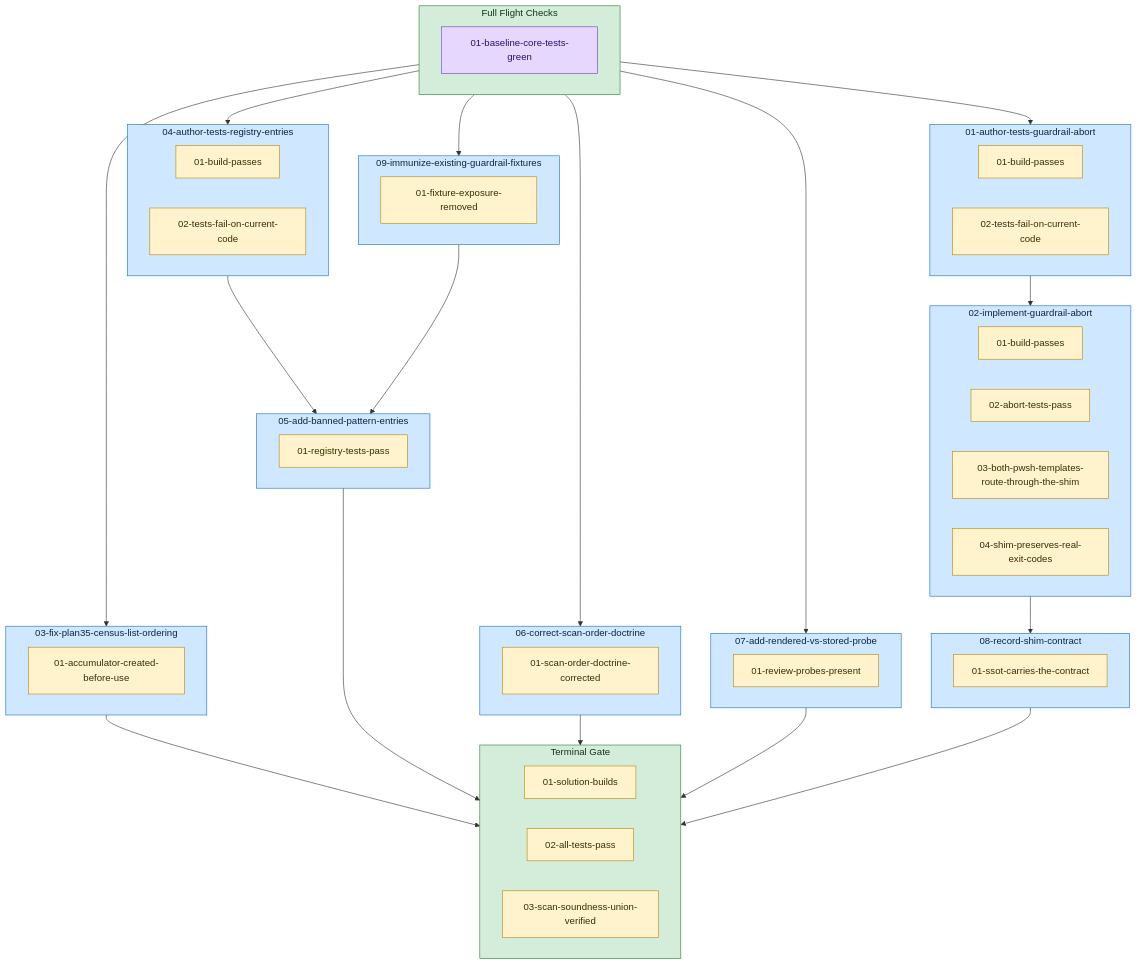
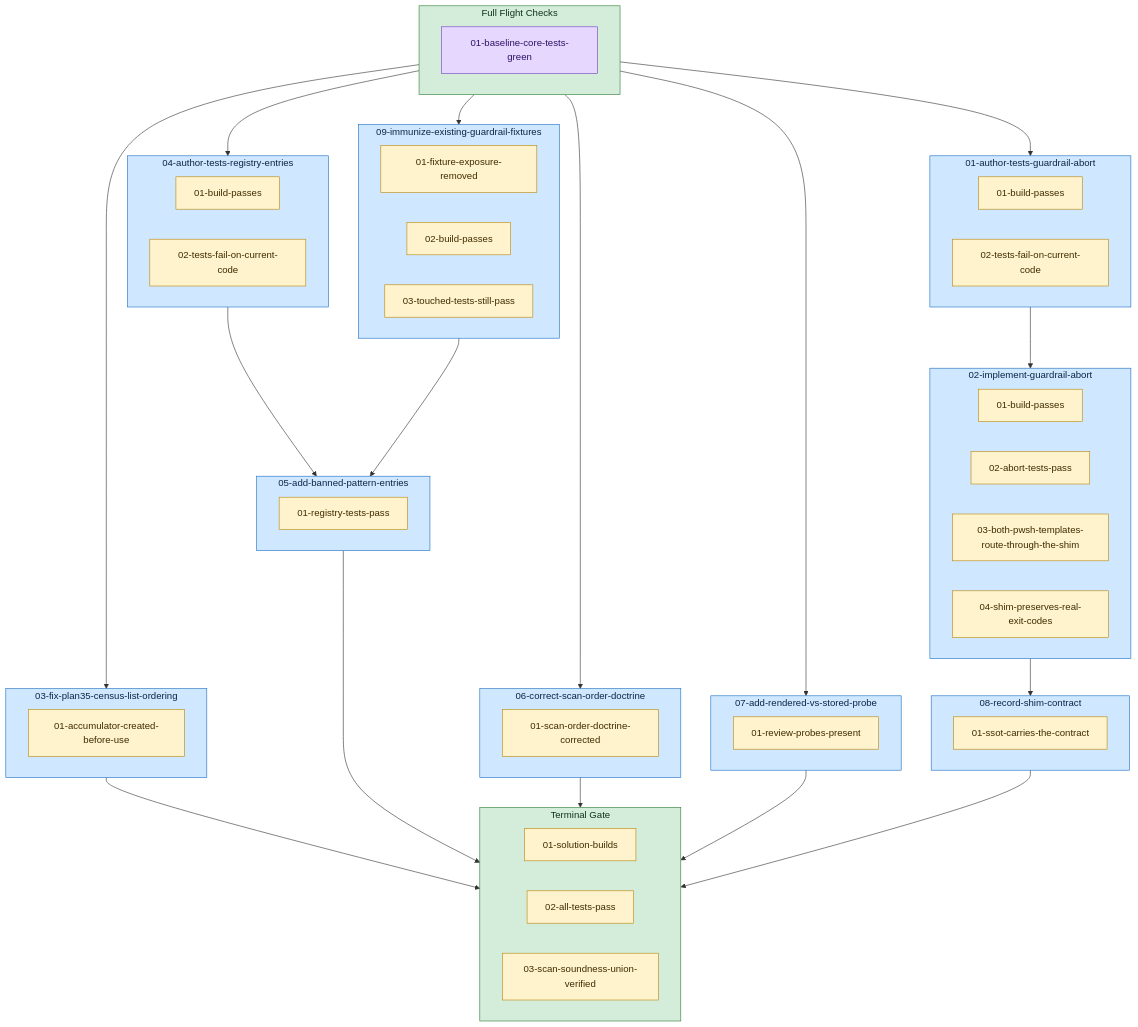
The diagram in docs/plans/38-guardrail-scan-soundness/diagram.md (Servant-Software-LLC/Guardrails), drawn with Mermaid before and after one commit. The commit also changed other lines of this file and 2 other files, not shown here.

Commit message:
chore(plan-38): regenerate diagram and baseline
Claude-Session: https://claude.ai/code/session_018ygCiteWCFHAavpb4vMtXF

````diff
--- a/docs/plans/38-guardrail-scan-soundness/diagram.md
+++ b/docs/plans/38-guardrail-scan-soundness/diagram.md
@@ -3,71 +3,73 @@
 ```mermaid
 flowchart TD
   subgraph plan_preflights["Full Flight Checks"]
     plan_preflights_0["01-baseline-core-tests-green"]:::preflight
   end
   style plan_preflights fill:#d4edda,stroke:#2e7d32,color:#10341a;
   subgraph task_01_author_tests_guardrail_abort["01-author-tests-guardrail-abort"]
     task_01_author_tests_guardrail_abort_gr_0["01-build-passes"]:::guardrail
     task_01_author_tests_guardrail_abort_gr_1["02-tests-fail-on-current-code"]:::guardrail
   end
   style task_01_author_tests_guardrail_abort fill:#cfe8ff,stroke:#1b6ec2,color:#0b2545;
   subgraph task_02_implement_guardrail_abort["02-implement-guardrail-abort"]
     task_02_implement_guardrail_abort_gr_0["01-build-passes"]:::guardrail
     task_02_implement_guardrail_abort_gr_1["02-abort-tests-pass"]:::guardrail
     task_02_implement_guardrail_abort_gr_2["03-both-pwsh-templates-route-through-the-shim"]:::guardrail
     task_02_implement_guardrail_abort_gr_3["04-shim-preserves-real-exit-codes"]:::guardrail
   end
   style task_02_implement_guardrail_abort fill:#cfe8ff,stroke:#1b6ec2,color:#0b2545;
   subgraph task_03_fix_plan35_census_list_ordering["03-fix-plan35-census-list-ordering"]
     task_03_fix_plan35_census_list_ordering_gr_0["01-accumulator-created-before-use"]:::guardrail
   end
   style task_03_fix_plan35_census_list_ordering fill:#cfe8ff,stroke:#1b6ec2,color:#0b2545;
   subgraph task_04_author_tests_registry_entries["04-author-tests-registry-entries"]
     task_04_author_tests_registry_entries_gr_0["01-build-passes"]:::guardrail
     task_04_author_tests_registry_entries_gr_1["02-tests-fail-on-current-code"]:::guardrail
   end
   style task_04_author_tests_registry_entries fill:#cfe8ff,stroke:#1b6ec2,color:#0b2545;
   subgraph task_05_add_banned_pattern_entries["05-add-banned-pattern-entries"]
     task_05_add_banned_pattern_entries_gr_0["01-registry-tests-pass"]:::guardrail
   end
   style task_05_add_banned_pattern_entries fill:#cfe8ff,stroke:#1b6ec2,color:#0b2545;
   subgraph task_06_correct_scan_order_doctrine["06-correct-scan-order-doctrine"]
     task_06_correct_scan_order_doctrine_gr_0["01-scan-order-doctrine-corrected"]:::guardrail
   end
   style task_06_correct_scan_order_doctrine fill:#cfe8ff,stroke:#1b6ec2,color:#0b2545;
   subgraph task_07_add_rendered_vs_stored_probe["07-add-rendered-vs-stored-probe"]
     task_07_add_rendered_vs_stored_probe_gr_0["01-review-probes-present"]:::guardrail
   end
   style task_07_add_rendered_vs_stored_probe fill:#cfe8ff,stroke:#1b6ec2,color:#0b2545;
   subgraph task_08_record_shim_contract["08-record-shim-contract"]
     task_08_record_shim_contract_gr_0["01-ssot-carries-the-contract"]:::guardrail
   end
   style task_08_record_shim_contract fill:#cfe8ff,stroke:#1b6ec2,color:#0b2545;
   subgraph task_09_immunize_existing_guardrail_fixtures["09-immunize-existing-guardrail-fixtures"]
     task_09_immunize_existing_guardrail_fixtures_gr_0["01-fixture-exposure-removed"]:::guardrail
+    task_09_immunize_existing_guardrail_fixtures_gr_1["02-build-passes"]:::guardrail
+    task_09_immunize_existing_guardrail_fixtures_gr_2["03-touched-tests-still-pass"]:::guardrail
   end
   style task_09_immunize_existing_guardrail_fixtures fill:#cfe8ff,stroke:#1b6ec2,color:#0b2545;
   subgraph plan_guardrails["Terminal Gate"]
     plan_guardrails_0["01-solution-builds"]:::guardrail
     plan_guardrails_1["02-all-tests-pass"]:::guardrail
     plan_guardrails_2["03-scan-soundness-union-verified"]:::guardrail
   end
   style plan_guardrails fill:#d4edda,stroke:#2e7d32,color:#10341a;
   plan_preflights --> task_01_author_tests_guardrail_abort
   plan_preflights --> task_03_fix_plan35_census_list_ordering
   plan_preflights --> task_04_author_tests_registry_entries
   plan_preflights --> task_06_correct_scan_order_doctrine
   plan_preflights --> task_07_add_rendered_vs_stored_probe
   plan_preflights --> task_09_immunize_existing_guardrail_fixtures
   task_01_author_tests_guardrail_abort --> task_02_implement_guardrail_abort
   task_02_implement_guardrail_abort --> task_08_record_shim_contract
   task_04_author_tests_registry_entries --> task_05_add_banned_pattern_entries
   task_09_immunize_existing_guardrail_fixtures --> task_05_add_banned_pattern_entries
   task_03_fix_plan35_census_list_ordering --> plan_guardrails
   task_05_add_banned_pattern_entries --> plan_guardrails
   task_06_correct_scan_order_doctrine --> plan_guardrails
   task_07_add_rendered_vs_stored_probe --> plan_guardrails
   task_08_record_shim_contract --> plan_guardrails
   classDef preflight fill:#e6d7ff,stroke:#6f42c1,color:#2e1065;
   classDef guardrail fill:#fff3cd,stroke:#b8860b,color:#3d2c00;
 ```
````
